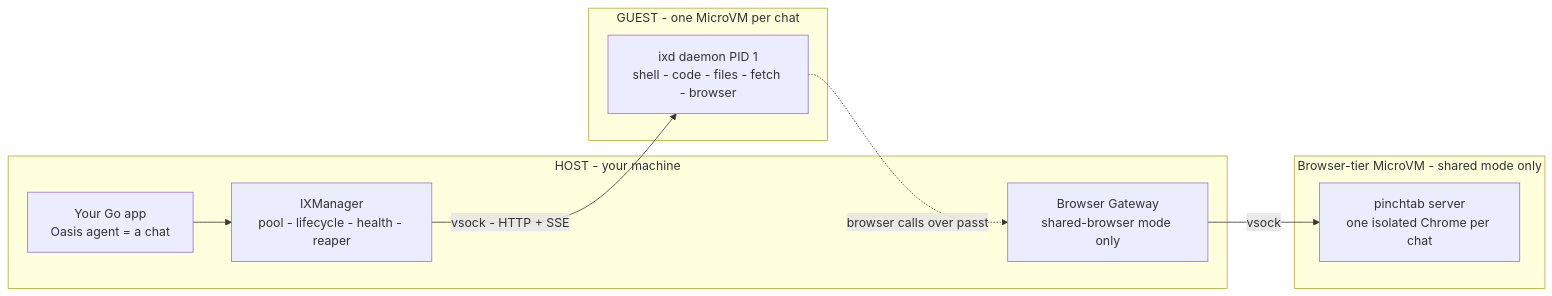
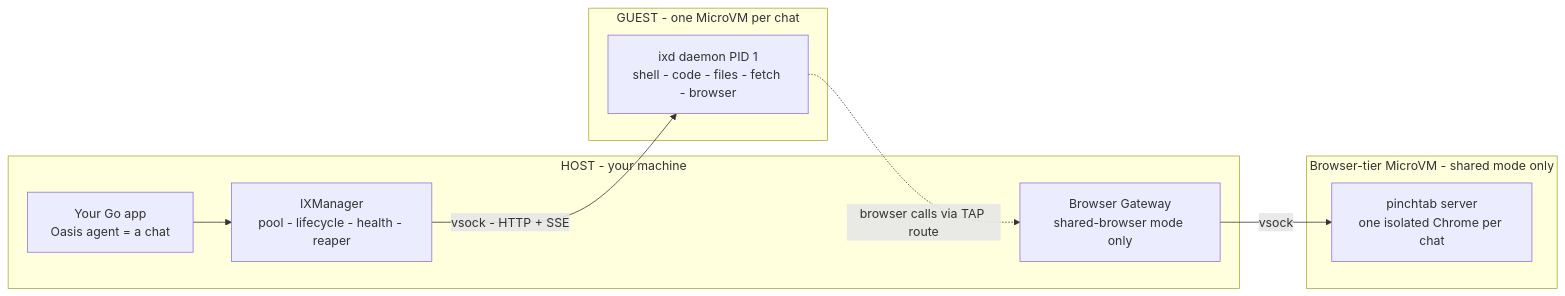
One commit to nevindra/ix changed the first of 5 diagrams in README.md. Above: the diagram before and after it, drawn with Mermaid. The commit also changed other lines of this file and 12 other files, not shown here.

````diff
--- a/README.md
+++ b/README.md
@@ -23,18 +25,18 @@
 ```mermaid
 flowchart LR
     subgraph HOST["HOST - your machine"]
         APP["Your Go app<br/>Oasis agent = a chat"]
         MGR["IXManager<br/>pool - lifecycle - health - reaper"]
         GW["Browser Gateway<br/>shared-browser mode only"]
         APP --> MGR
     end
     subgraph GUEST["GUEST - one MicroVM per chat"]
         IXD["ixd daemon PID 1<br/>shell - code - files - fetch - browser"]
     end
     subgraph BVM["Browser-tier MicroVM - shared mode only"]
         PT["pinchtab server<br/>one isolated Chrome per chat"]
     end
     MGR -- "vsock - HTTP + SSE" --> IXD
-    IXD -. "browser calls over passt" .-> GW
+    IXD -. "browser calls via TAP route" .-> GW
     GW -- vsock --> PT
 ```
````
